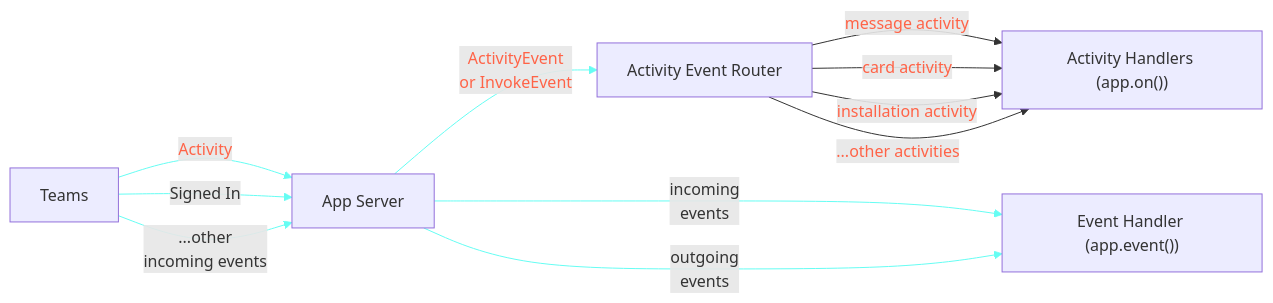
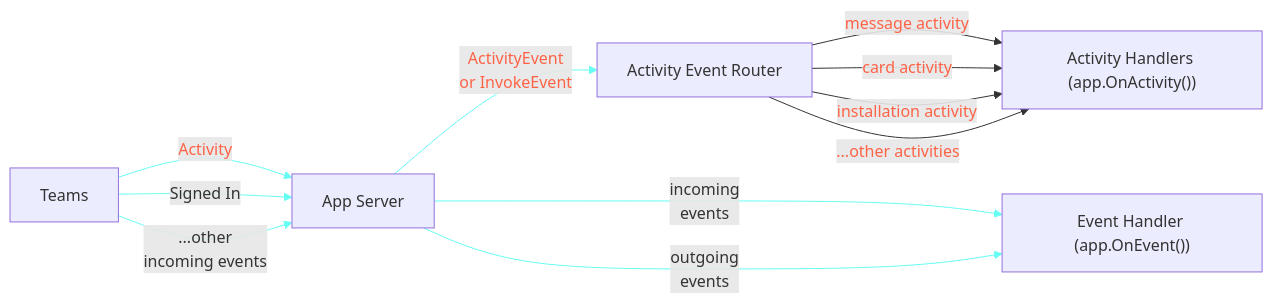
Before and after one commit to aacebo/teams.md: the diagram in docs/csharp/essentials/README.md, drawn with Mermaid.

````diff
--- a/docs/csharp/essentials/README.md
+++ b/docs/csharp/essentials/README.md
@@ -17,24 +17,24 @@
 ```mermaid
 flowchart LR
     Teams["Teams"]
     Server["App Server"]
-    AppEventHandlers["Event Handler (app.event())"]
+    AppEventHandlers["Event Handler (app.OnEvent())"]
     AppRouter["Activity Event Router"]
-    AppActivityHandlers["Activity Handlers (app.on())"]
+    AppActivityHandlers["Activity Handlers (app.OnActivity())"]
 
     Teams --> |Activity| Server
     Teams --> |Signed In| Server
     Teams --> |...other<br/>incoming events| Server
     Server --> |ActivityEvent<br/>or InvokeEvent| AppRouter
     Server ---> |incoming<br/>events| AppEventHandlers
     Server ---> |outgoing<br/>events<br/>| AppEventHandlers
     AppRouter --> |message activity| AppActivityHandlers
     AppRouter --> |card activity| AppActivityHandlers
     AppRouter --> |installation activity| AppActivityHandlers
     AppRouter --> |...other activities| AppActivityHandlers
 
 
     linkStyle 0,3 stroke:#66fdf3,stroke-width:1px,color:Tomato
     linkStyle 1,2,4,5 stroke:#66fdf3,stroke-width:1px
     linkStyle 6,7,8,9 color:Tomato
 ```
````
